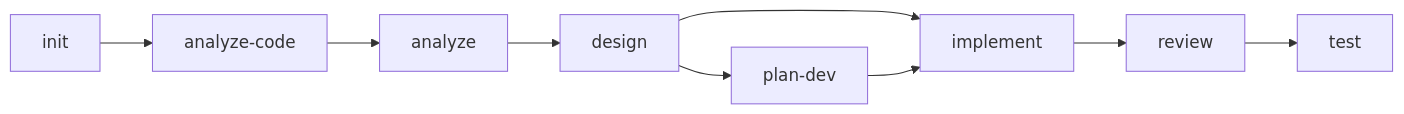
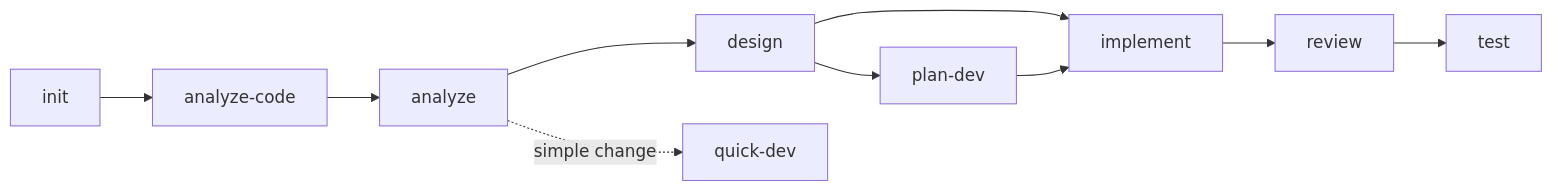
The diagram in sources/skills/mvt-help/business.md (uoyoCsharp/My-Virtual-TechTeam), drawn with Mermaid before and after one commit. The commit also changed other lines of this file and 30 other files, not shown here.

````diff
--- a/sources/skills/mvt-help/business.md
+++ b/sources/skills/mvt-help/business.md
@@ -43,7 +40,9 @@
 ```mermaid
 flowchart LR
     A[init] --> B[analyze-code] --> C[analyze] --> D[design] --> D2[plan-dev]
     D --> E[implement]
     D2 --> E
     E --> F[review] --> G[test]
+
+    C -.->|simple change| Q[quick-dev]
 ```
````
